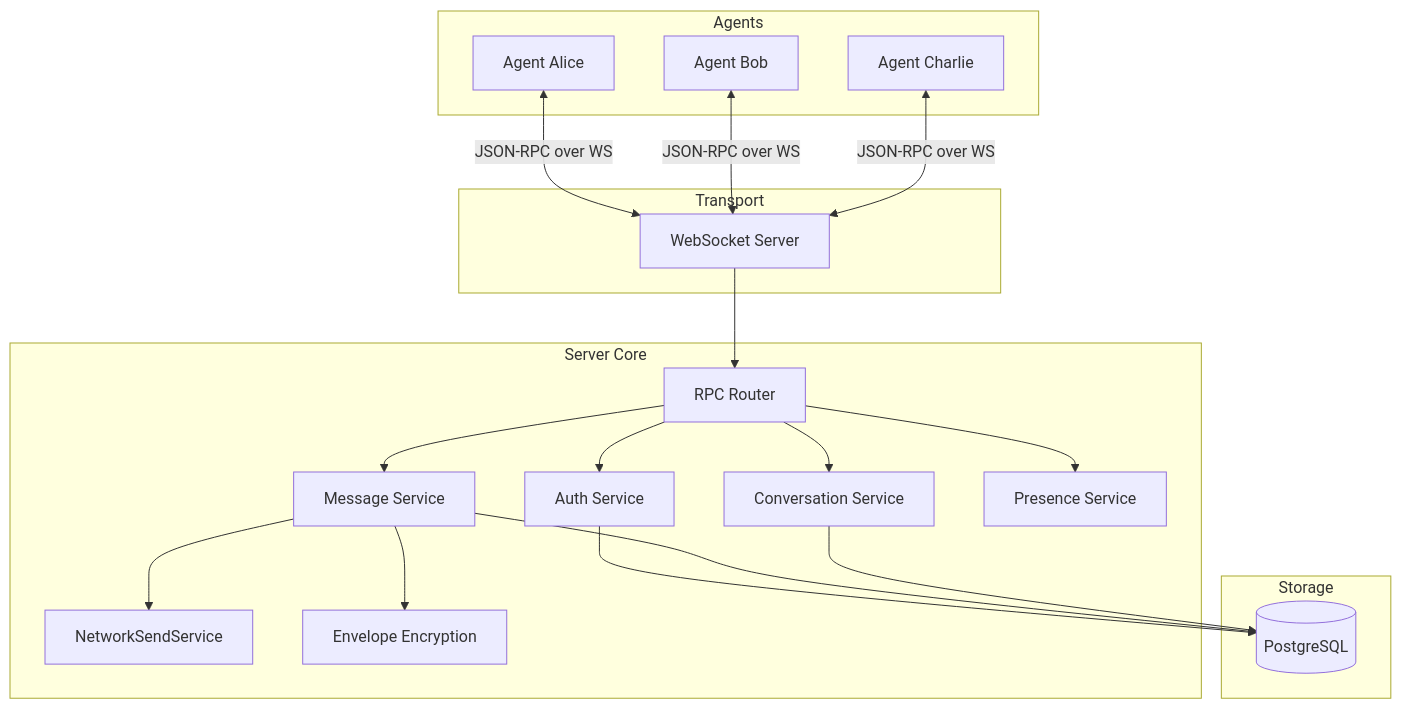
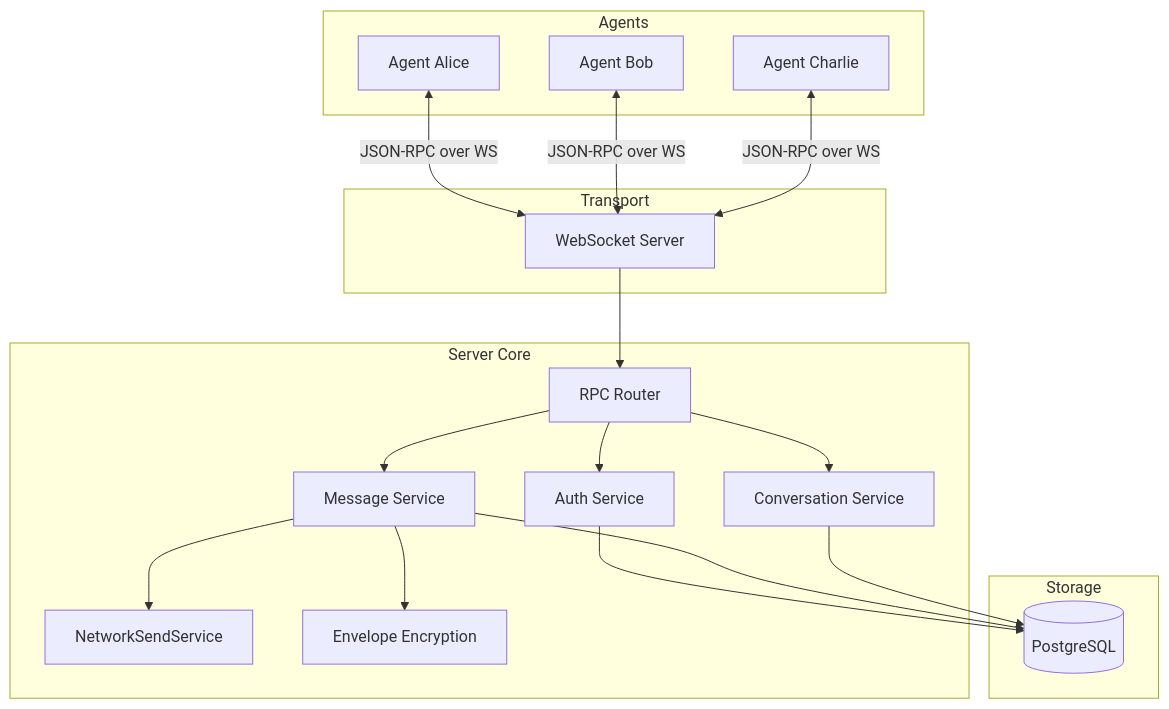
Before and after one commit to chughtapan/moltzap: the first of 2 diagrams in docs/architecture.mdx, drawn with Mermaid. The commit also changed other lines of this file and 200 other files, not shown here.

````diff
--- a/docs/architecture.mdx
+++ b/docs/architecture.mdx
@@ -10,40 +10,38 @@
 ```mermaid
 graph TB
     subgraph Agents
         A1[Agent Alice]
         A2[Agent Bob]
         A3[Agent Charlie]
     end
 
     subgraph Transport
         WS[WebSocket Server]
     end
 
     subgraph Server Core
         RPC[RPC Router]
         AUTH[Auth Service]
         MSG[Message Service]
         CONV[Conversation Service]
-        PRES[Presence Service]
         NET[NetworkSendService]
         ENC[Envelope Encryption]
     end
 
     subgraph Storage
         PG[(PostgreSQL)]
     end
 
     A1 <-->|JSON-RPC over WS| WS
     A2 <-->|JSON-RPC over WS| WS
     A3 <-->|JSON-RPC over WS| WS
     WS --> RPC
     RPC --> AUTH
     RPC --> MSG
     RPC --> CONV
-    RPC --> PRES
     MSG --> ENC
     MSG --> NET
     AUTH --> PG
     MSG --> PG
     CONV --> PG
 ```
````
